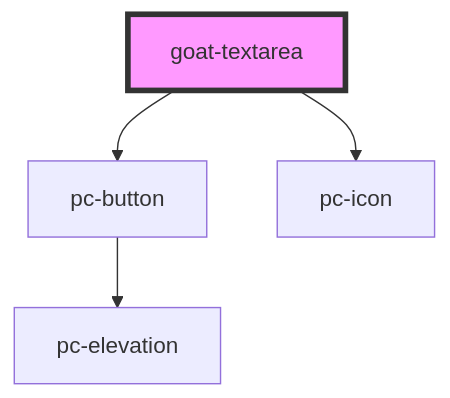
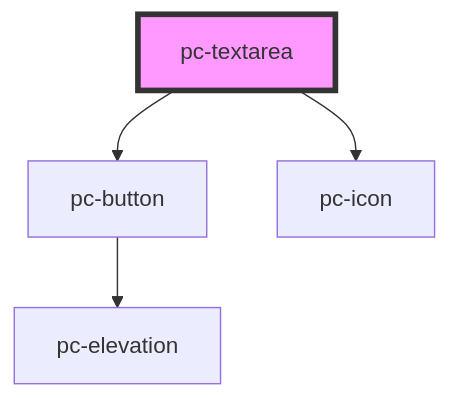
Before and after one commit to redvars/peacock: the diagram in src/components/input-controls/input/textarea/readme.md, drawn with Mermaid. The commit also changed other lines of this file and 299 other files, not shown here.

````diff
--- a/src/components/input-controls/input/textarea/readme.md
+++ b/src/components/input-controls/input/textarea/readme.md
@@ -87,7 +87,7 @@
 ```mermaid
 graph TD;
-  goat-textarea --> pc-button
-  goat-textarea --> pc-icon
+  pc-textarea --> pc-button
+  pc-textarea --> pc-icon
   pc-button --> pc-elevation
-  style goat-textarea fill:#f9f,stroke:#333,stroke-width:4px
+  style pc-textarea fill:#f9f,stroke:#333,stroke-width:4px
 ```
````
